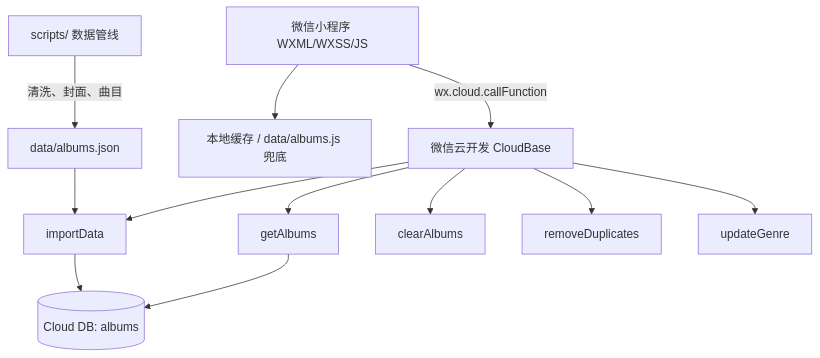
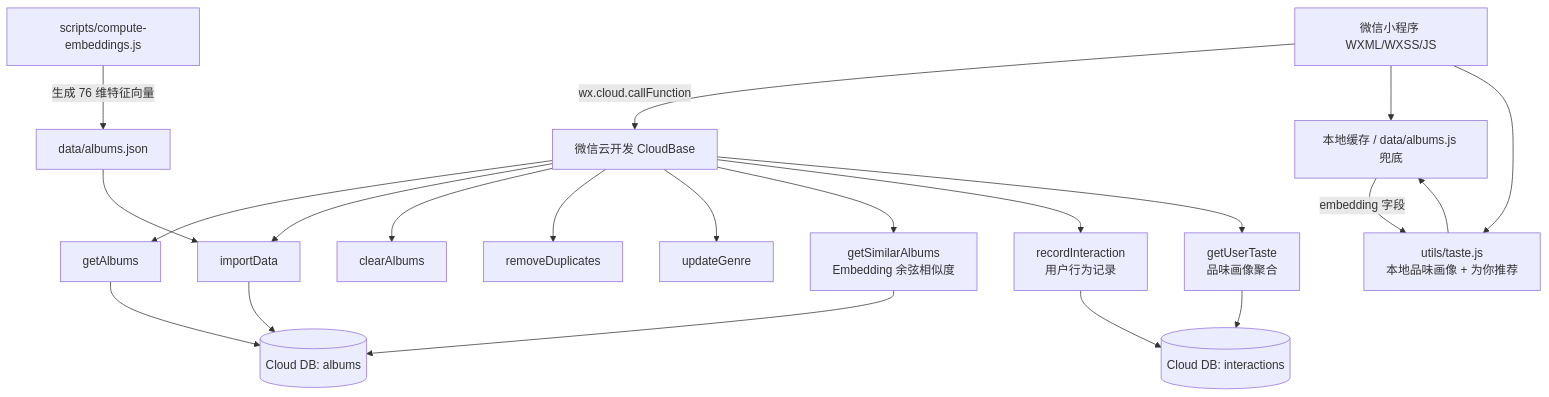
The first of 2 diagrams in README.md (zhiyuchanCreator/music-recommend-miniprogram), drawn with Mermaid before and after one commit. The commit also changed other lines of this file and 19 other files, not shown here.

````diff
--- a/README.md
+++ b/README.md
@@ -61,14 +63,23 @@
 ```mermaid
 graph TD
     A[微信小程序 WXML/WXSS/JS] -->|wx.cloud.callFunction| B[微信云开发 CloudBase]
     B --> C[getAlbums]
     B --> D[importData]
     B --> E[clearAlbums]
     B --> F[removeDuplicates]
     B --> G[updateGenre]
+    B --> S[getSimilarAlbums<br/>Embedding 余弦相似度]
+    B --> R[recordInteraction<br/>用户行为记录]
+    B --> T[getUserTaste<br/>品味画像聚合]
     C --> H[(Cloud DB: albums)]
     D --> H
-    A --> I[本地缓存 / data/albums.js 兜底]
-    J[scripts/ 数据管线] -->|清洗、封面、曲目| K[data/albums.json]
-    K --> D
+    R --> I[(Cloud DB: interactions)]
+    T --> I
+    S --> H
+    A --> J[本地缓存 / data/albums.js 兜底]
+    A --> M[utils/taste.js<br/>本地品味画像 + 为你推荐]
+    M --> J
+    J -->|embedding 字段| M
+    K[scripts/compute-embeddings.js] -->|生成 76 维特征向量| L[data/albums.json]
+    L --> D
 ```
````
